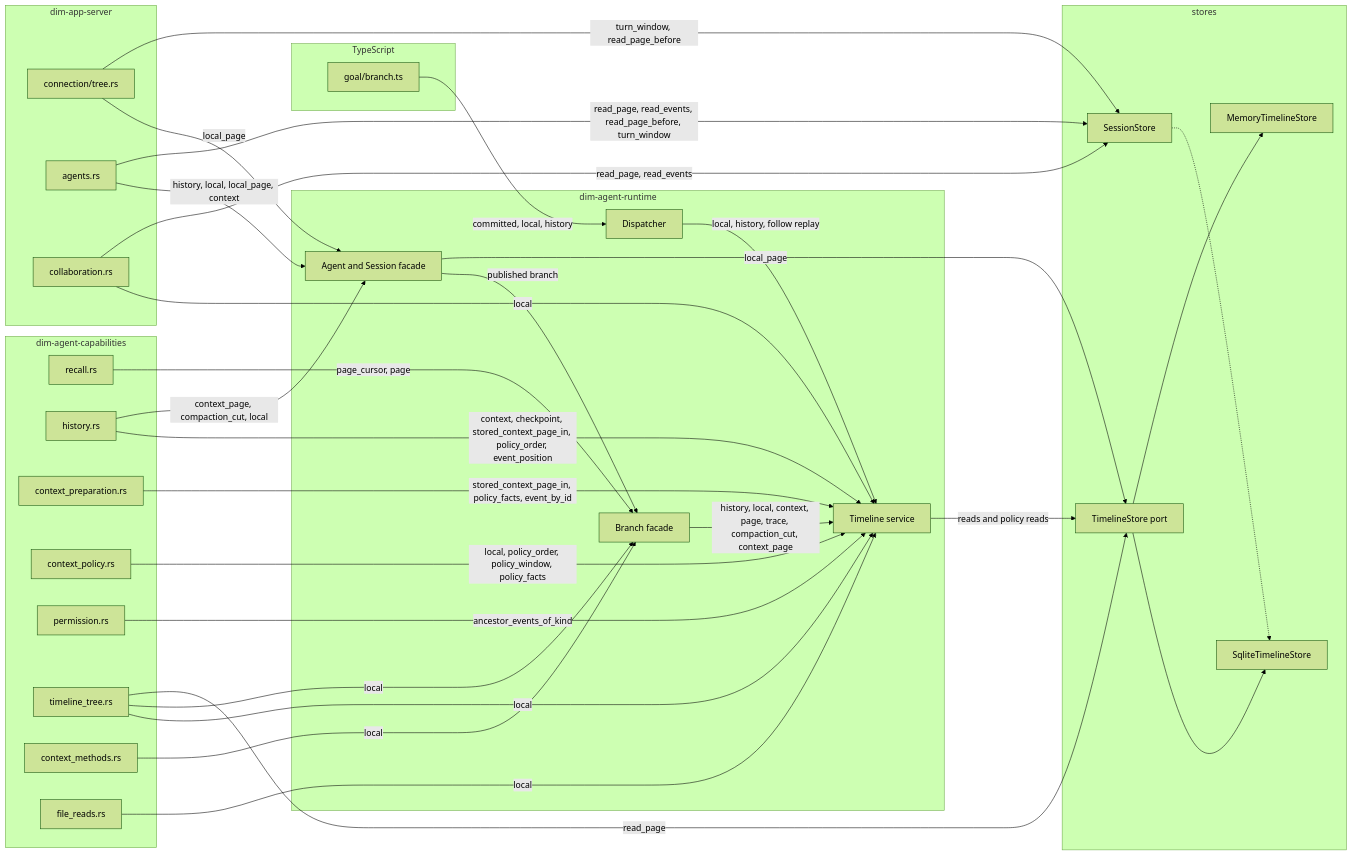
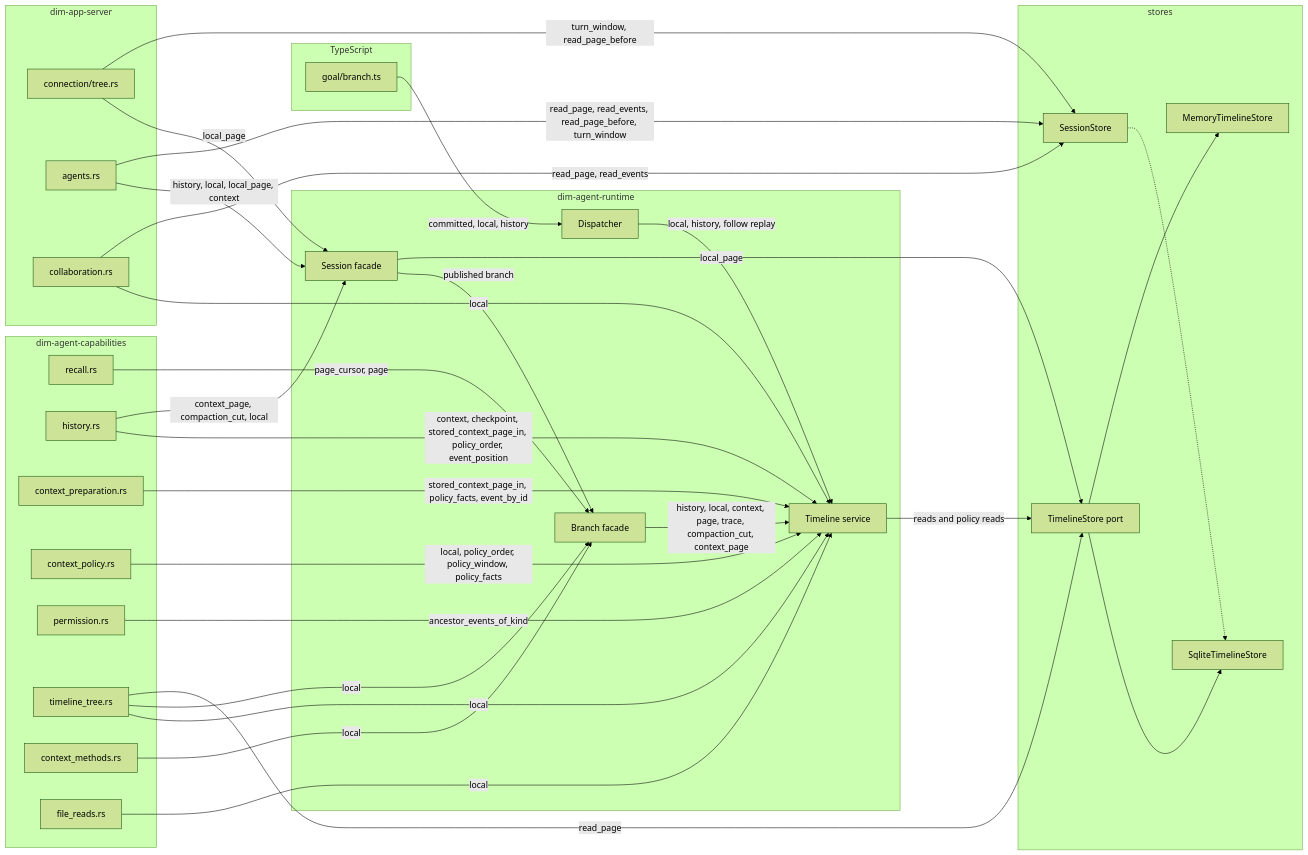
Before and after one commit to CoutinhoTTS/dim-agent: the first of 2 diagrams in docs/design/timeline-read-entries.md, drawn with Mermaid (forest theme). The commit also changed other lines of this file and 1 other file, not shown here.

Commit message:
docs(timeline): read audit follows ADR 020 and the review of #995

````diff
--- a/docs/design/timeline-read-entries.md
+++ b/docs/design/timeline-read-entries.md
@@ -68,59 +69,59 @@
 ```mermaid
 flowchart LR
   subgraph TS[TypeScript]
     goal[goal/branch.ts]
   end
   subgraph CAP[dim-agent-capabilities]
     recall[recall.rs]
     hist[history.rs]
     prep[context_preparation.rs]
     pol[context_policy.rs]
     perm[permission.rs]
     tree[timeline_tree.rs]
     ctxm[context_methods.rs]
     reads[file_reads.rs]
   end
   subgraph APP[dim-app-server]
     conn[connection/tree.rs]
     agents[agents.rs]
     collab[collaboration.rs]
   end
   subgraph RT[dim-agent-runtime]
-    Agent[Agent and Session facade]
+    Agent[Session facade]
     Branch[Branch facade]
     Disp[Dispatcher]
     TL[Timeline service]
   end
   subgraph ST[stores]
     Port[TimelineStore port]
     SS[SessionStore]
     Sql[SqliteTimelineStore]
     Mem[MemoryTimelineStore]
   end
   goal -->|committed, local, history| Disp
   Disp -->|local, history, follow replay| TL
   recall -->|page_cursor, page| Branch
   ctxm -->|local| Branch
   hist -->|context, checkpoint, stored_context_page_in, policy_order, event_position| TL
   hist -->|context_page, compaction_cut, local| Agent
   prep -->|stored_context_page_in, policy_facts, event_by_id| TL
   pol -->|local, policy_order, policy_window, policy_facts| TL
   perm -->|ancestor_events_of_kind| TL
   reads -->|local| TL
   tree -->|local| TL
   tree -->|local| Branch
   tree -->|read_page| Port
   conn -->|local_page| Agent
   conn -->|turn_window, read_page_before| SS
   agents -->|history, local, local_page, context| Agent
   agents -->|read_page, read_events, read_page_before, turn_window| SS
   collab -->|local| TL
   collab -->|read_page, read_events| SS
   Agent -->|published branch| Branch
   Agent -->|local_page| Port
   Branch -->|history, local, context, page, trace, compaction_cut, context_page| TL
   TL -->|reads and policy reads| Port
   Port --> Sql
   Port --> Mem
   SS -.-> Sql
 ```
````
